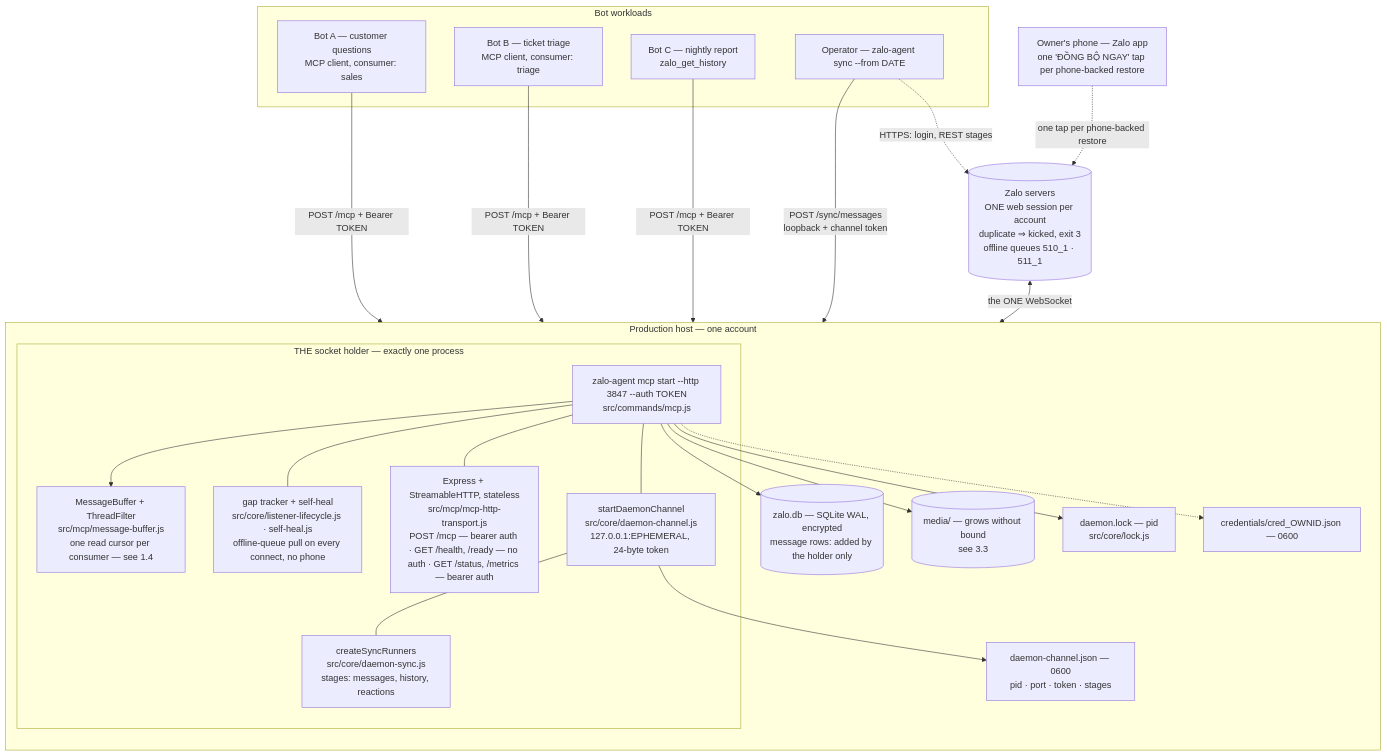
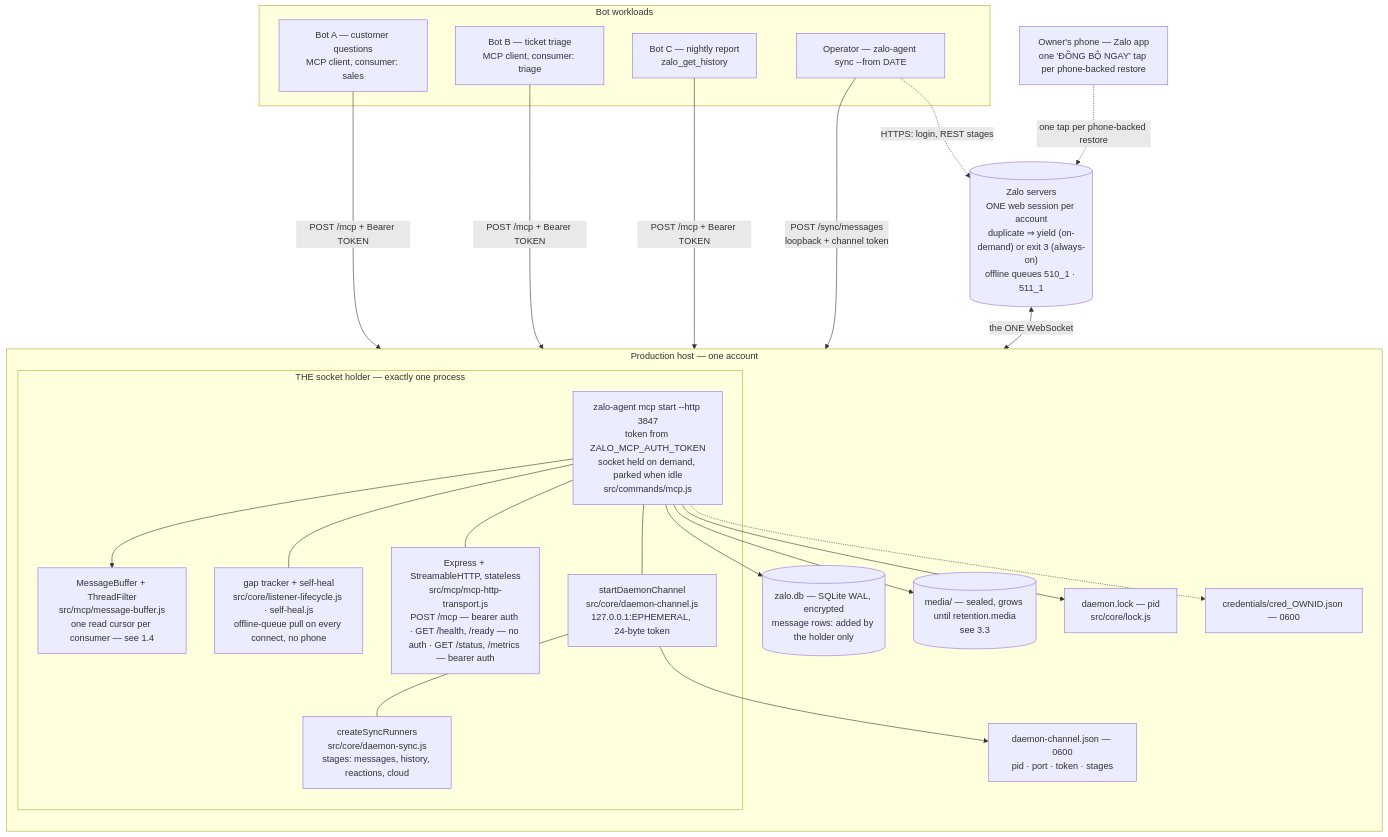
Before and after one commit to ardennguyen/zalo-agent-cli: the first of 2 diagrams in docs/deployment.md, drawn with Mermaid. The commit also changed other lines of this file and 13 other files, not shown here.

````diff
--- a/docs/deployment.md
+++ b/docs/deployment.md
@@ -189,48 +199,48 @@
 ```mermaid
 flowchart TB
     phone["Owner's phone — Zalo app<br/>one 'ĐỒNG BỘ NGAY' tap per phone-backed restore"]
-    zalo[("Zalo servers<br/>ONE web session per account<br/>duplicate ⇒ kicked, exit 3<br/>offline queues 510_1 · 511_1")]
+    zalo[("Zalo servers<br/>ONE web session per account<br/>duplicate ⇒ yield (on-demand) or exit 3 (always-on)<br/>offline queues 510_1 · 511_1")]
 
     subgraph host["Production host — one account"]
       direction TB
       subgraph holder["THE socket holder — exactly one process"]
-        proc["zalo-agent mcp start --http 3847 --auth TOKEN<br/>src/commands/mcp.js"]
+        proc["zalo-agent mcp start --http 3847<br/>token from ZALO_MCP_AUTH_TOKEN<br/>socket held on demand, parked when idle<br/>src/commands/mcp.js"]
         http["Express + StreamableHTTP, stateless<br/>src/mcp/mcp-http-transport.js<br/>POST /mcp — bearer auth · GET /health, /ready — no auth · GET /status, /metrics — bearer auth"]
         buf["MessageBuffer + ThreadFilter<br/>src/mcp/message-buffer.js<br/>one read cursor per consumer — see 1.4"]
         heal["gap tracker + self-heal<br/>src/core/listener-lifecycle.js · self-heal.js<br/>offline-queue pull on every connect, no phone"]
         chan["startDaemonChannel<br/>src/core/daemon-channel.js<br/>127.0.0.1:EPHEMERAL, 24-byte token"]
-        run["createSyncRunners<br/>src/core/daemon-sync.js<br/>stages: messages, history, reactions"]
+        run["createSyncRunners<br/>src/core/daemon-sync.js<br/>stages: messages, history, reactions, cloud"]
       end
       lock["daemon.lock — pid<br/>src/core/lock.js"]
       cj["daemon-channel.json — 0600<br/>pid · port · token · stages"]
       db[("zalo.db — SQLite WAL, encrypted<br/>message rows: added by the holder only")]
-      med[("media/ — grows without bound<br/>see 3.3")]
+      med[("media/ — sealed, grows until retention.media<br/>see 3.3")]
       cred["credentials/cred_OWNID.json — 0600"]
     end
 
     subgraph bots["Bot workloads"]
       b1["Bot A — customer questions<br/>MCP client, consumer: sales"]
       b2["Bot B — ticket triage<br/>MCP client, consumer: triage"]
       b3["Bot C — nightly report<br/>zalo_get_history"]
       b4["Operator — zalo-agent sync --from DATE"]
     end
 
     phone -.->|"one tap per phone-backed restore"| zalo
     zalo <-->|"the ONE WebSocket"| proc
     proc --> buf
     proc --- heal
     proc --> db
     proc --> med
     proc --> lock
     proc --- http
     proc --- chan
     chan --- run
     chan --> cj
     proc -.-> cred
 
     b1 -->|"POST /mcp + Bearer TOKEN"| http
     b2 -->|"POST /mcp + Bearer TOKEN"| http
     b3 -->|"POST /mcp + Bearer TOKEN"| http
     b4 -->|"POST /sync/messages<br/>loopback + channel token"| chan
     b4 -.->|"HTTPS: login, REST stages"| zalo
 ```
````
